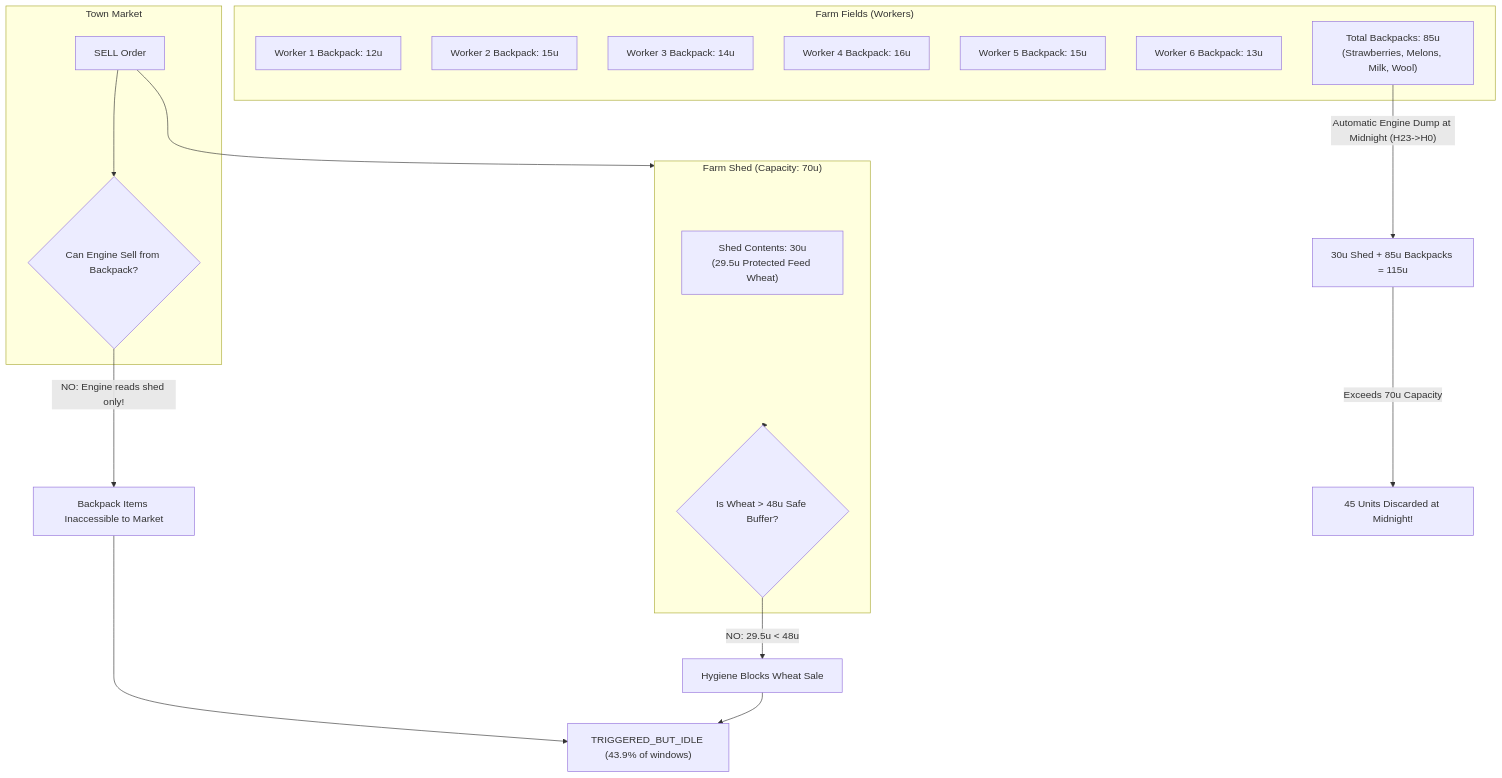
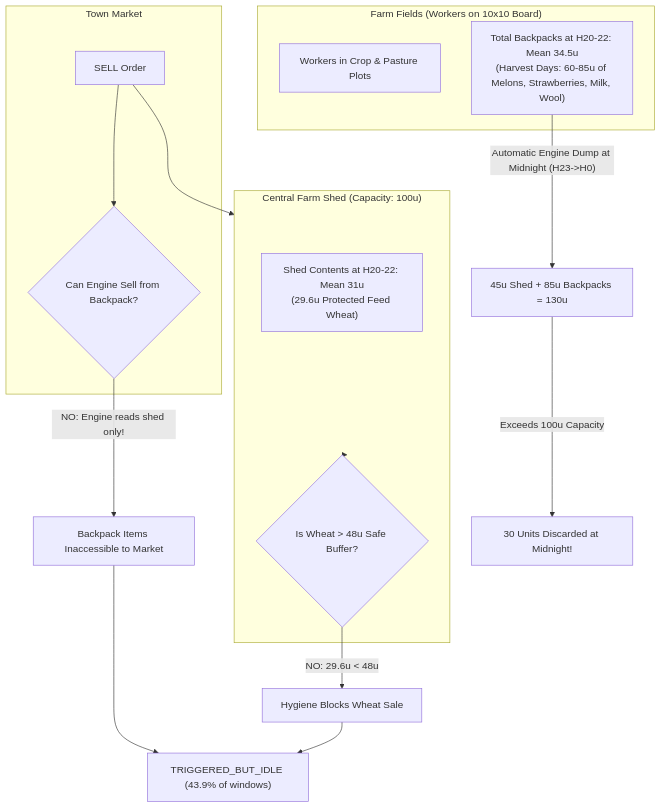
Before and after one commit to aaryasj0310-stack/farm: the diagram in docs/p61c_storage_mechanism_failure.md, drawn with Mermaid. The commit also changed other lines of this file and 10 other files, not shown here.

````diff
--- a/docs/p61c_storage_mechanism_failure.md
+++ b/docs/p61c_storage_mechanism_failure.md
@@ -23,33 +29,28 @@
 ```mermaid
 flowchart TD
-    subgraph Fields ["Farm Fields (Workers)"]
-        W1["Worker 1 Backpack: 12u"]
-        W2["Worker 2 Backpack: 15u"]
-        W3["Worker 3 Backpack: 14u"]
-        W4["Worker 4 Backpack: 16u"]
-        W5["Worker 5 Backpack: 15u"]
-        W6["Worker 6 Backpack: 13u"]
-        TotBP["Total Backpacks: 85u<br/>(Strawberries, Melons, Milk, Wool)"]
+    subgraph Fields ["Farm Fields (Workers on 10x10 Board)"]
+        W1["Workers in Crop & Pasture Plots"]
+        TotBP["Total Backpacks at H20-22: Mean 34.5u<br/>(Harvest Days: 60-85u of Melons, Strawberries, Milk, Wool)"]
     end
 
     subgraph TownStore ["Town Market"]
         SellCheck{"Can Engine Sell from Backpack?"}
         MarketOrder["SELL Order"]
     end
 
-    subgraph FarmShed ["Farm Shed (Capacity: 70u)"]
-        ShedStock["Shed Contents: 30u<br/>(29.5u Protected Feed Wheat)"]
+    subgraph FarmShed ["Central Farm Shed (Capacity: 100u)"]
+        ShedStock["Shed Contents at H20-22: Mean 31u<br/>(29.6u Protected Feed Wheat)"]
         BufferCheck{"Is Wheat > 48u Safe Buffer?"}
     end
 
     MarketOrder --> SellCheck
     SellCheck -- "NO: Engine reads shed only!" --> Block1["Backpack Items Inaccessible to Market"]
     
     MarketOrder --> FarmShed
     FarmShed --> BufferCheck
-    BufferCheck -- "NO: 29.5u < 48u" --> Block2["Hygiene Blocks Wheat Sale"]
+    BufferCheck -- "NO: 29.6u < 48u" --> Block2["Hygiene Blocks Wheat Sale"]
 
     Block1 & Block2 --> Idle["TRIGGERED_BUT_IDLE (43.9% of windows)"]
-    TotBP -- "Automatic Engine Dump at Midnight (H23->H0)" --> Dump["30u Shed + 85u Backpacks = 115u"]
-    Dump -- "Exceeds 70u Capacity" --> Overflow["45 Units Discarded at Midnight!"]
+    TotBP -- "Automatic Engine Dump at Midnight (H23->H0)" --> Dump["45u Shed + 85u Backpacks = 130u"]
+    Dump -- "Exceeds 100u Capacity" --> Overflow["30 Units Discarded at Midnight!"]
 ```
````
